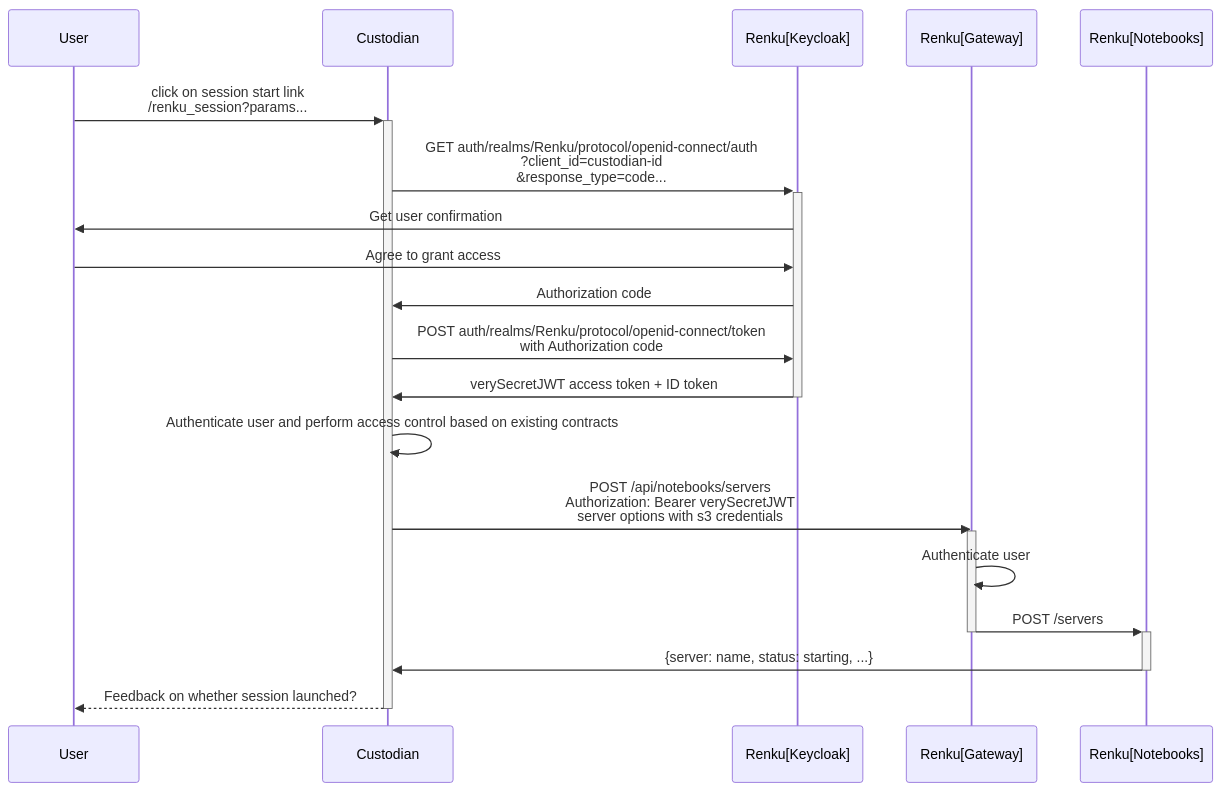
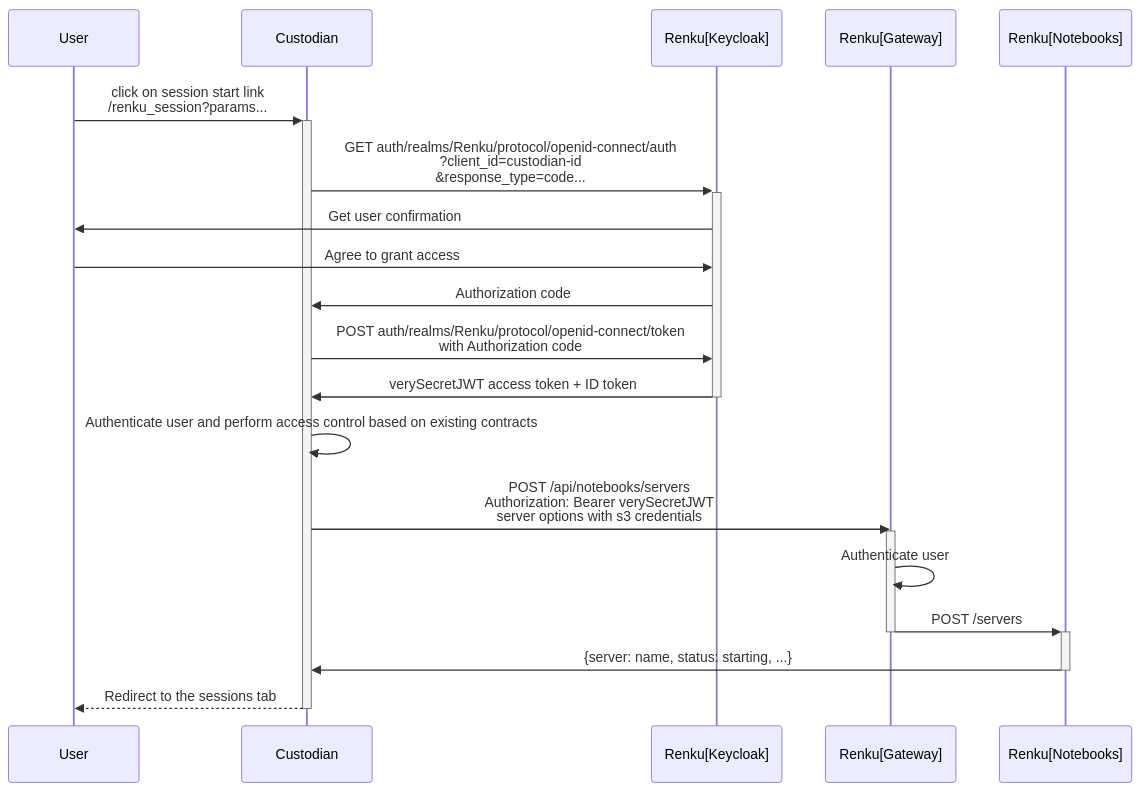
One commit to SwissDataScienceCenter/renku-design-docs changed the diagram in design/005-custodian-s3-credentials/005-custodian-s3-credentials.md. Above: the diagram before and after it, drawn with Mermaid. The commit also changed other lines of this file, not shown here.

Commit message:
Update diagram and questions

````diff
--- a/design/005-custodian-s3-credentials/005-custodian-s3-credentials.md
+++ b/design/005-custodian-s3-credentials/005-custodian-s3-credentials.md
@@ -28,23 +28,23 @@
 ```mermaid
     sequenceDiagram
         participant User
         participant Custodian
         participant Renku[Keycloak]
         participant Renku[Gateway]
         participant Renku[Notebooks]
         User->>+Custodian: click on session start link<br>/renku_session?params...
         Custodian->>+Renku[Keycloak]: GET auth/realms/Renku/protocol/openid-connect/auth<br>?client_id=custodian-id<br>&response_type=code...
         Renku[Keycloak]->>User: Get user confirmation
         User->>Renku[Keycloak]: Agree to grant access
         Renku[Keycloak]->>Custodian: Authorization code
         Custodian->>Renku[Keycloak]: POST auth/realms/Renku/protocol/openid-connect/token<br>with Authorization code
         Renku[Keycloak]->>-Custodian: verySecretJWT access token + ID token
         Custodian->>Custodian: Authenticate user and perform access control based on existing contracts
         Custodian->>Renku[Gateway]: POST /api/notebooks/servers<br>Authorization: Bearer verySecretJWT<br>server options with s3 credentials
         activate Renku[Gateway]
         Renku[Gateway]->>Renku[Gateway]: Authenticate user
         Renku[Gateway]->>+Renku[Notebooks]: POST /servers
         deactivate Renku[Gateway]
         Renku[Notebooks]->>-Custodian: {server: name, status: starting, ...}
-        Custodian-->>-User: Feedback on whether session launched?
+        Custodian-->>-User: Redirect to the sessions tab
 ```
````
